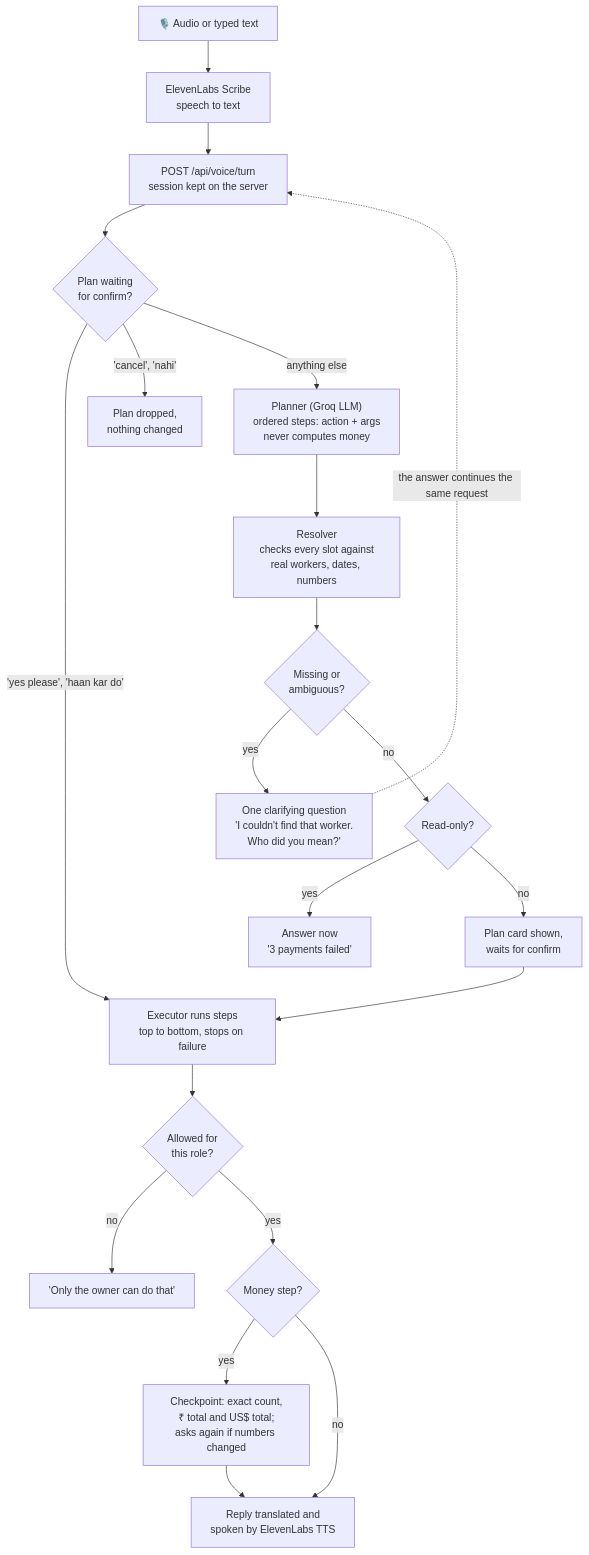
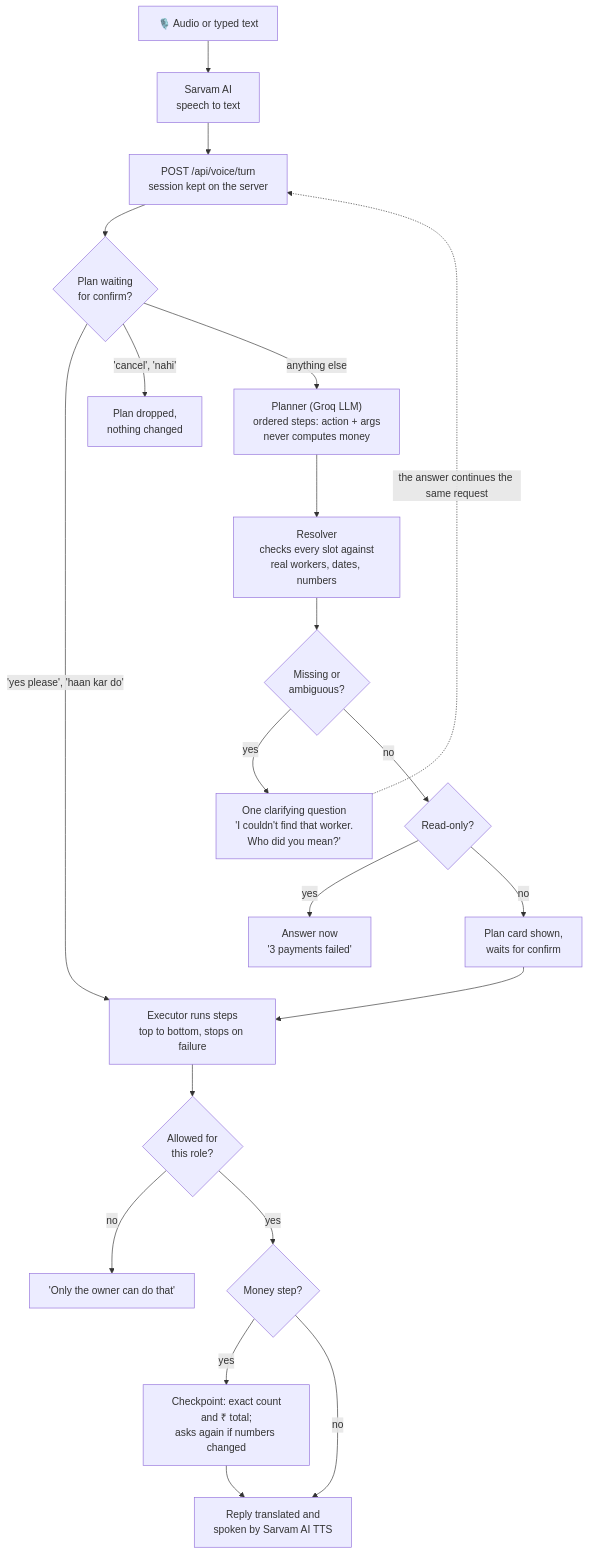
Before and after one commit to Agnik47/BolPay: the fourth of 8 diagrams in README.md, drawn with Mermaid. The commit also changed other lines of this file and 63 other files, not shown here.

````diff
--- a/README.md
+++ b/README.md
@@ -167,23 +167,23 @@
 ```mermaid
 flowchart TD
-    MIC["🎙️ Audio or typed text"] --> STT["ElevenLabs Scribe<br/>speech to text"]
+    MIC["🎙️ Audio or typed text"] --> STT["Sarvam AI<br/>speech to text"]
     STT --> TURN["POST /api/voice/turn<br/>session kept on the server"]
     TURN --> Q{"Plan waiting<br/>for confirm?"}
     Q -- "'yes please', 'haan kar do'" --> RUN
     Q -- "'cancel', 'nahi'" --> DROP["Plan dropped,<br/>nothing changed"]
     Q -- "anything else" --> PLAN
     PLAN["Planner (Groq LLM)<br/>ordered steps: action + args<br/>never computes money"] --> RES["Resolver<br/>checks every slot against<br/>real workers, dates, numbers"]
     RES --> AMB{"Missing or<br/>ambiguous?"}
     AMB -- yes --> ASK["One clarifying question<br/>'I couldn't find that worker.<br/>Who did you mean?'"]
     ASK -. "the answer continues the same request" .-> TURN
     AMB -- no --> RO{"Read-only?"}
     RO -- yes --> ANS["Answer now<br/>'3 payments failed'"]
     RO -- no --> CARD["Plan card shown,<br/>waits for confirm"]
     CARD --> RUN["Executor runs steps<br/>top to bottom, stops on failure"]
     RUN --> ROLE{"Allowed for<br/>this role?"}
     ROLE -- no --> DENY["'Only the owner can do that'"]
     ROLE -- yes --> MONEY{"Money step?"}
-    MONEY -- yes --> CHK["Checkpoint: exact count,<br/>₹ total and US$ total;<br/>asks again if numbers changed"]
+    MONEY -- yes --> CHK["Checkpoint: exact count<br/>and ₹ total;<br/>asks again if numbers changed"]
     MONEY -- no --> DONE
-    CHK --> DONE["Reply translated and<br/>spoken by ElevenLabs TTS"]
+    CHK --> DONE["Reply translated and<br/>spoken by Sarvam AI TTS"]
 ```
````
